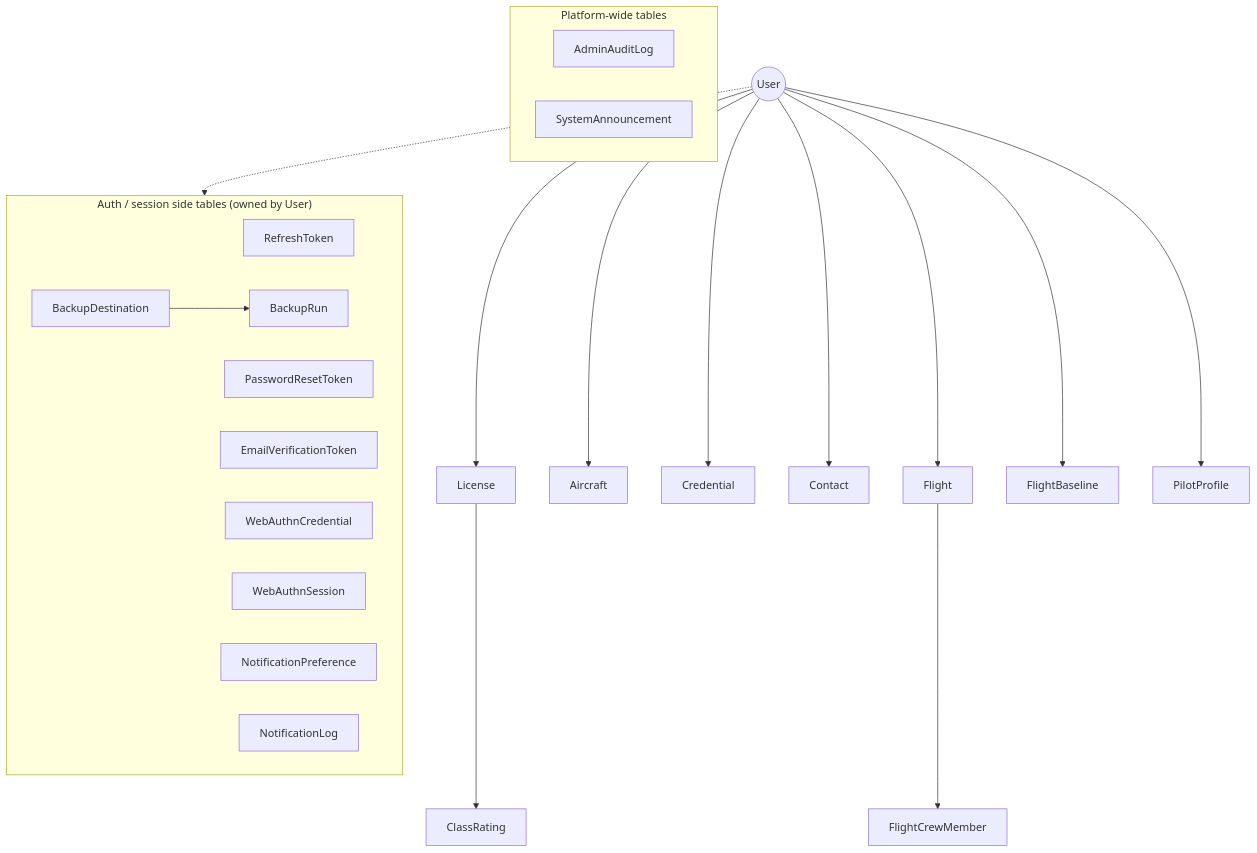
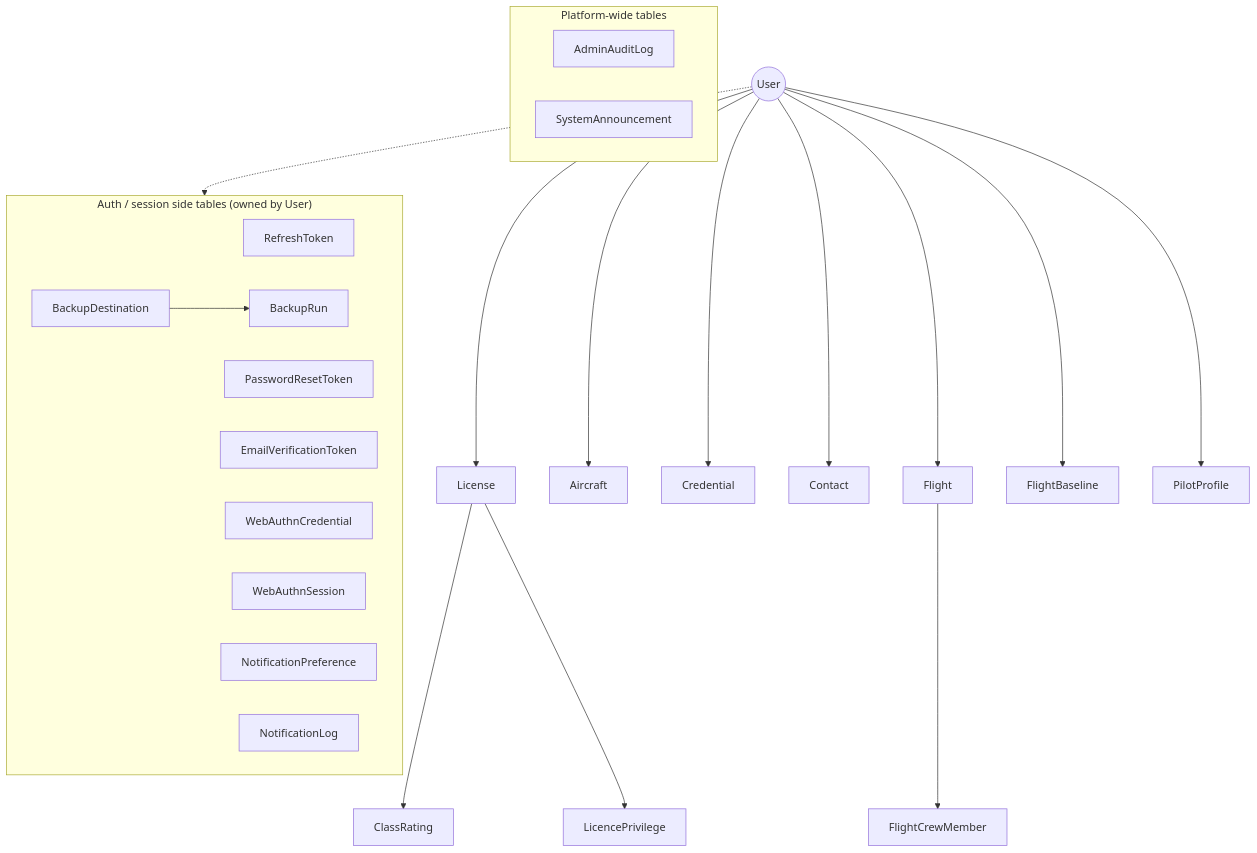
One commit to fjaeckel/ninerlog-api changed the diagram in docs/DATA_MODEL.md. Above: the diagram before and after it, drawn with Mermaid. The commit also changed other lines of this file and 47 other files, not shown here.

````diff
--- a/docs/DATA_MODEL.md
+++ b/docs/DATA_MODEL.md
@@ -13,33 +13,34 @@
 ```mermaid
 flowchart TD
     User((User))
     User --> License
     User --> Aircraft
     User --> Credential
     User --> Contact
     User --> Flight
     User --> FlightBaseline
     User --> PilotProfile
     License --> ClassRating
+    License --> LicencePrivilege
     Flight --> FlightCrewMember
 
     subgraph auth["Auth / session side tables (owned by User)"]
         direction LR
         RefreshToken
         PasswordResetToken
         EmailVerificationToken
         WebAuthnCredential
         WebAuthnSession
         NotificationPreference
         NotificationLog
         BackupDestination --> BackupRun
     end
 
     subgraph platform["Platform-wide tables"]
         direction LR
         AdminAuditLog
         SystemAnnouncement
     end
 
     User -.-> auth
 ```
````
